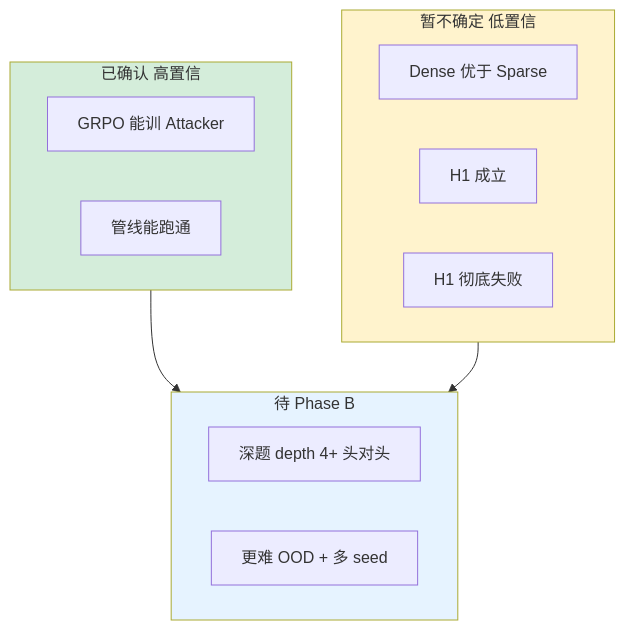
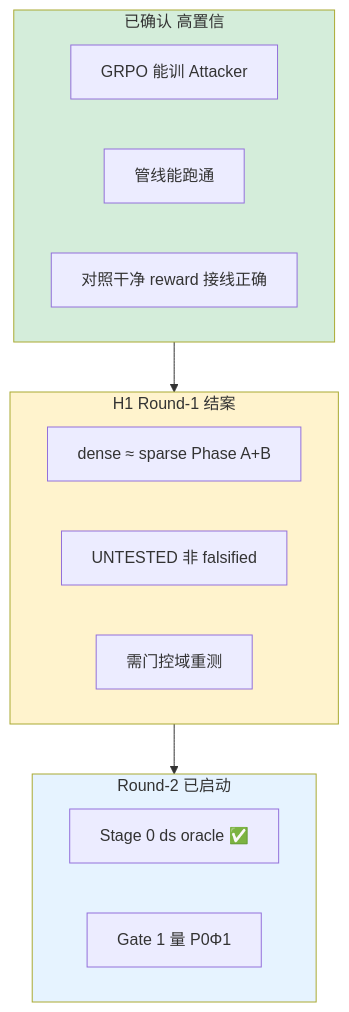
One commit to BoyuanZhu2021/research_2026 changed diagram 19 of 23 in LOGS/report_week2.md. Above: the diagram before and after it, drawn with Mermaid. The commit also changed other lines of this file, not shown here.

First line of the commit message:
Update Week 2 report with Phase B, H1 resolution, and Round-2 Stage 0.

````diff
--- a/LOGS/report_week2.md
+++ b/LOGS/report_week2.md
@@ -656,25 +1153,25 @@
 ```mermaid
 flowchart TB
     subgraph confirmed ["已确认 高置信"]
         C1["GRPO 能训 Attacker"]
         C2["管线能跑通"]
+        C3["对照干净 reward 接线正确"]
     end
 
-    subgraph uncertain ["暂不确定 低置信"]
-        U1["Dense 优于 Sparse"]
-        U2["H1 成立"]
-        U3["H1 彻底失败"]
+    subgraph resolved ["H1 Round-1 结案"]
+        R1["dense ≈ sparse Phase A+B"]
+        R2["UNTESTED 非 falsified"]
+        R3["需门控域重测"]
     end
 
-    subgraph pending ["待 Phase B"]
-        P1["深题 depth 4+ 头对头"]
-        P2["更难 OOD + 多 seed"]
+    subgraph next ["Round-2 已启动"]
+        N1["Stage 0 ds oracle ✅"]
+        N2["Gate 1 量 P0Φ1"]
     end
 
-    confirmed --> pending
-    uncertain --> pending
+    confirmed --> resolved --> next
 
     style confirmed fill:#d4edda
-    style uncertain fill:#fff3cd
-    style pending fill:#e6f3ff
+    style resolved fill:#fff3cd
+    style next fill:#e6f3ff
 ```
````
